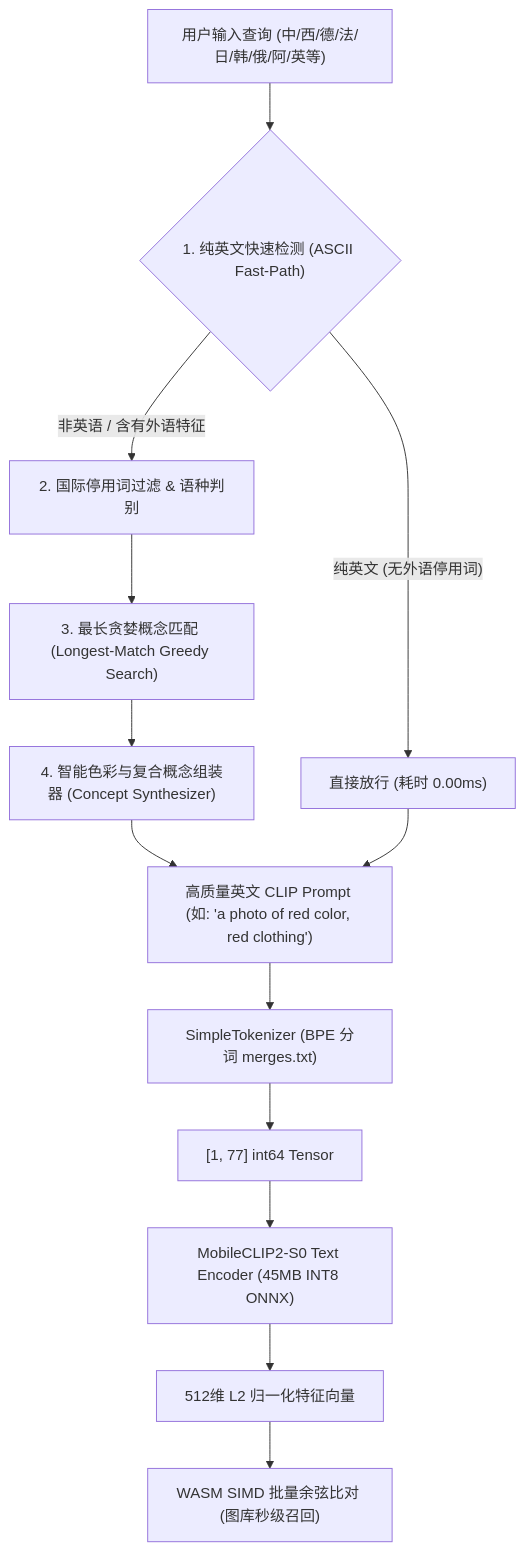
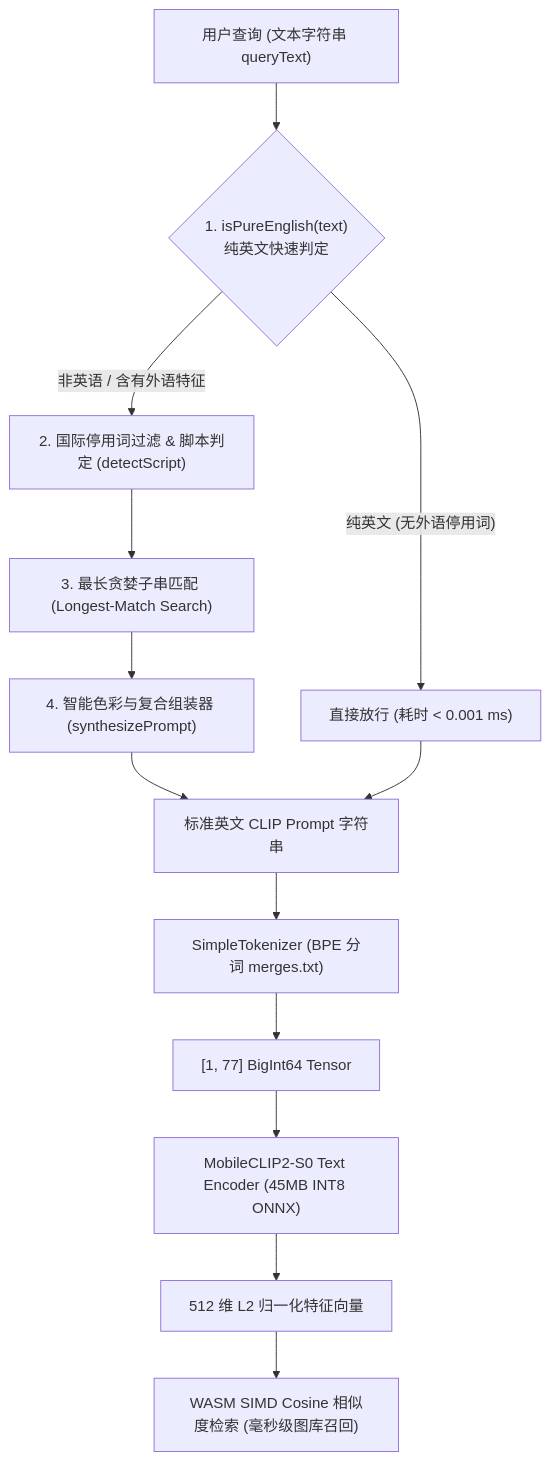
The diagram in wiki_work/09_international_lexicon_and_concept_aligner_implementation.md (NovaMindLab/AIShare-Grabber), drawn with Mermaid before and after one commit. The commit also changed other lines of this file, not shown here.

Commit message:
docs(wiki): refactor 09 document into pure technical implementation specification

````diff
--- a/wiki_work/09_international_lexicon_and_concept_aligner_implementation.md
+++ b/wiki_work/09_international_lexicon_and_concept_aligner_implementation.md
@@ -30,19 +12,19 @@
 ```mermaid
 flowchart TD
-    A["用户输入查询 (中/西/德/法/日/韩/俄/阿/英等)"] --> B{"1. 纯英文快速检测 (ASCII Fast-Path)"}
+    UserQuery["用户查询 (文本字符串 queryText)"] --> FastPath{"1. isPureEnglish(text)<br>纯英文快速判定"}
     
-    B -- "纯英文 (无外语停用词)" --> C["直接放行 (耗时 0.00ms)"]
-    B -- "非英语 / 含有外语特征" --> D["2. 国际停用词过滤 & 语种判别"]
+    FastPath -- "纯英文 (无外语停用词)" --> DirectPass["直接放行 (耗时 < 0.001 ms)"]
+    FastPath -- "非英语 / 含有外语特征" --> StopWords["2. 国际停用词过滤 & 脚本判定 (detectScript)"]
     
-    D --> E["3. 最长贪婪概念匹配 (Longest-Match Greedy Search)"]
-    E --> F["4. 智能色彩与复合概念组装器 (Concept Synthesizer)"]
+    StopWords --> GreedySearch["3. 最长贪婪子串匹配 (Longest-Match Search)"]
+    GreedySearch --> Synthesizer["4. 智能色彩与复合组装器 (synthesizePrompt)"]
     
-    F --> G["高质量英文 CLIP Prompt (如: 'a photo of red color, red clothing')"]
-    C --> G
+    Synthesizer --> AlignedPrompt["标准英文 CLIP Prompt 字符串"]
+    DirectPass --> AlignedPrompt
     
-    G --> H["SimpleTokenizer (BPE 分词 merges.txt)"]
-    H --> I["[1, 77] int64 Tensor"]
-    I --> J["MobileCLIP2-S0 Text Encoder (45MB INT8 ONNX)"]
-    J --> K["512维 L2 归一化特征向量"]
-    K --> L["WASM SIMD 批量余弦比对 (图库秒级召回)"]
+    AlignedPrompt --> BPE["SimpleTokenizer (BPE 分词 merges.txt)"]
+    BPE --> Tensor["[1, 77] BigInt64 Tensor"]
+    Tensor --> ONNX["MobileCLIP2-S0 Text Encoder (45MB INT8 ONNX)"]
+    ONNX --> L2Norm["512 维 L2 归一化特征向量"]
+    L2Norm --> SIMD["WASM SIMD Cosine 相似度检索 (毫秒级图库召回)"]
 ```
````
